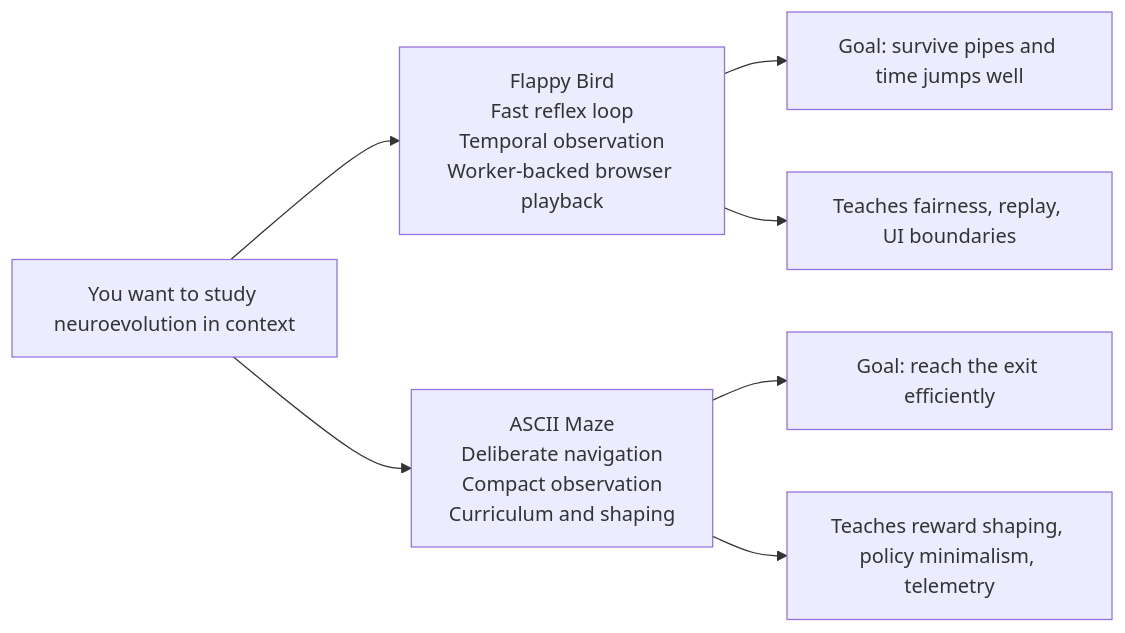
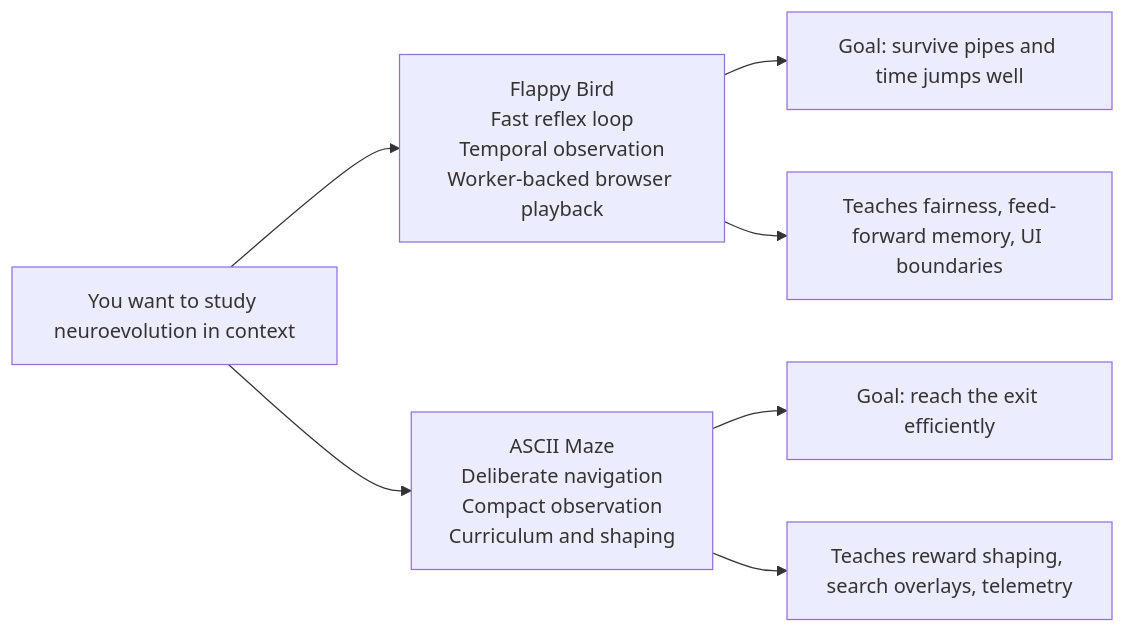
Before and after one commit to reicek/NeatapticTS: the first of 2 diagrams in examples/README.md, drawn with Mermaid. The commit also changed other lines of this file and 48 other files, not shown here.

````diff
--- a/examples/README.md
+++ b/examples/README.md
@@ -31,11 +33,11 @@
 ```mermaid
 flowchart LR
     Reader[You want to study neuroevolution in context] --> Flappy[Flappy Bird\nFast reflex loop\nTemporal observation\nWorker-backed browser playback]
     Reader --> Maze[ASCII Maze\nDeliberate navigation\nCompact observation\nCurriculum and shaping]
 
     Flappy --> FlappyGoal[Goal: survive pipes and time jumps well]
     Maze --> MazeGoal[Goal: reach the exit efficiently]
 
-    Flappy --> FlappyTeach[Teaches fairness, replay, UI boundaries]
-    Maze --> MazeTeach[Teaches reward shaping, policy minimalism, telemetry]
+    Flappy --> FlappyTeach[Teaches fairness, feed-forward memory, UI boundaries]
+    Maze --> MazeTeach[Teaches reward shaping, search overlays, telemetry]
 ```
````
